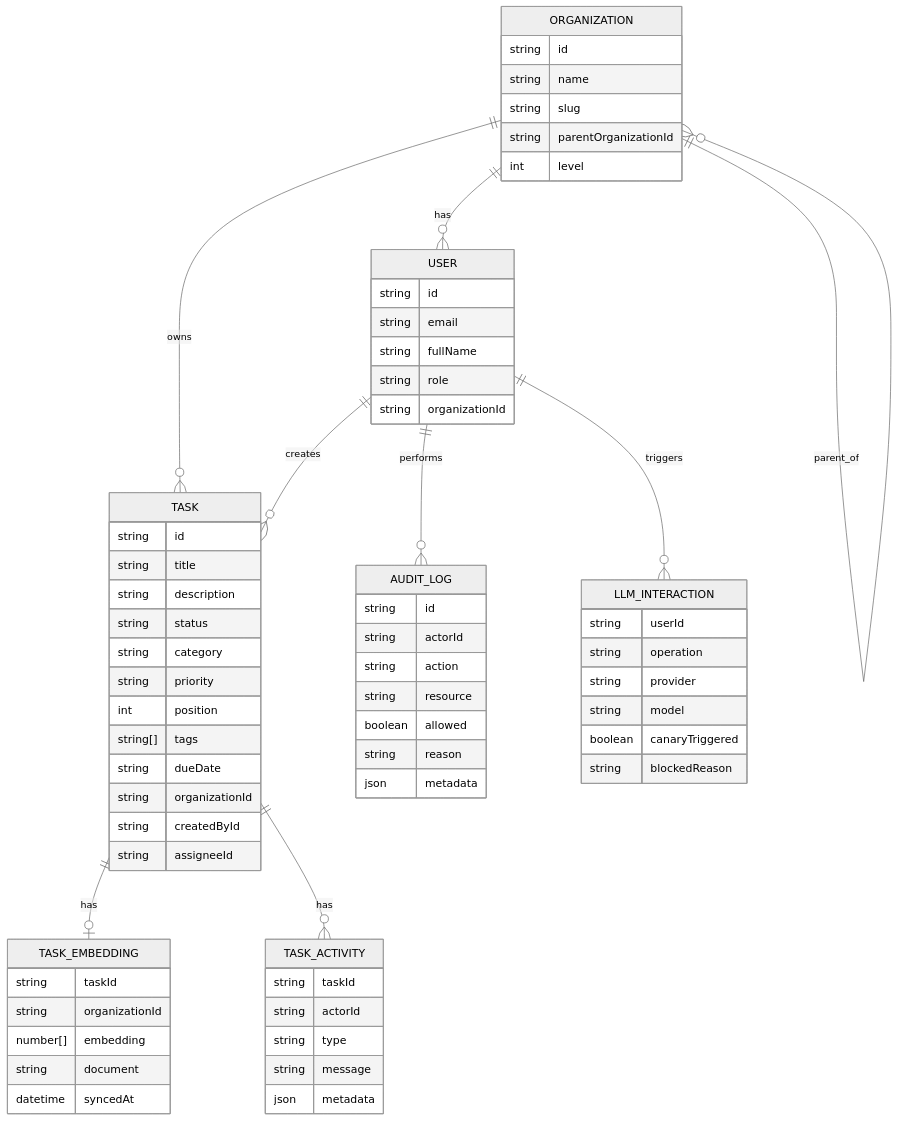
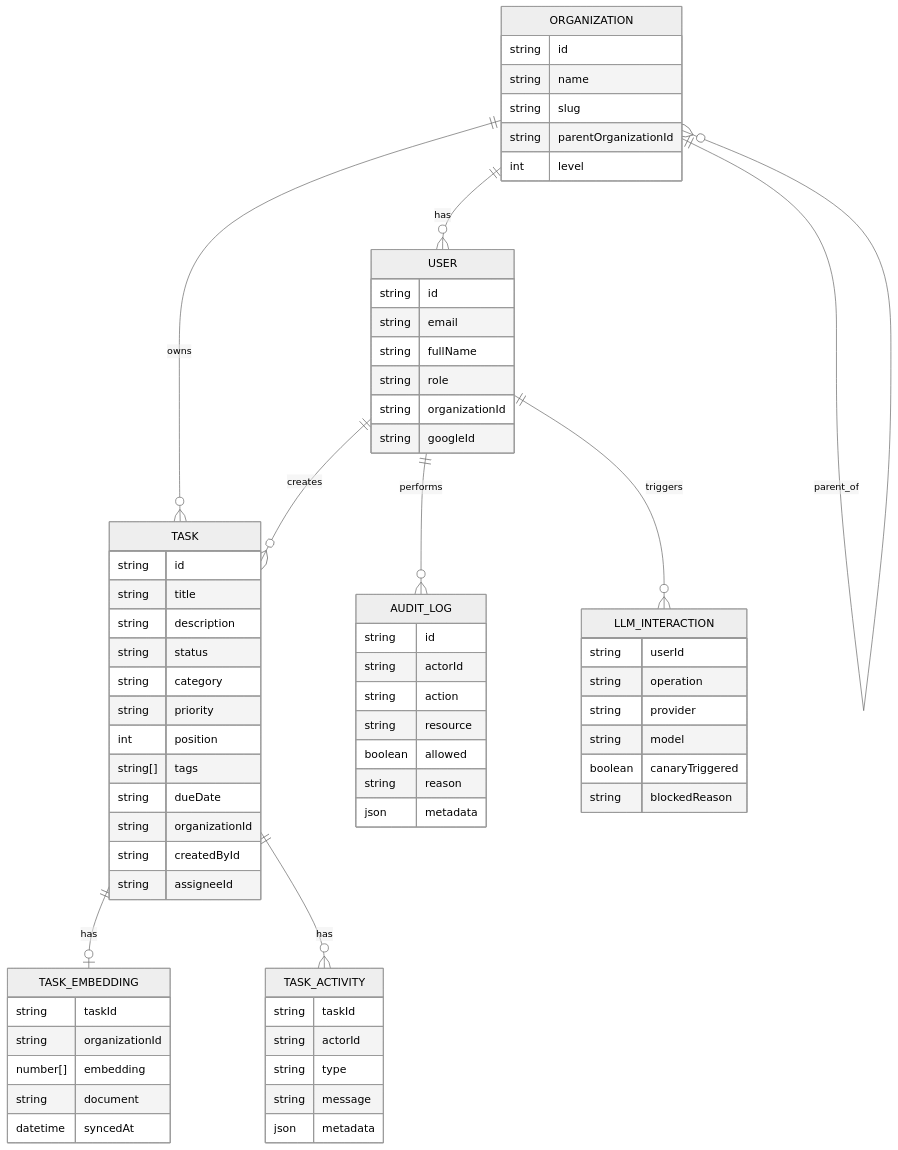
The diagram in README.md (ksm007/kmarathe-493C3875-5748-4C7F-9803-3D2EFE845779), drawn with Mermaid (neutral theme) before and after one commit. The commit also changed other lines of this file and 17 other files, not shown here.

````diff
--- a/README.md
+++ b/README.md
@@ -164,77 +164,78 @@
 ```mermaid
 erDiagram
   ORGANIZATION ||--o{ ORGANIZATION : parent_of
   ORGANIZATION ||--o{ USER : has
   ORGANIZATION ||--o{ TASK : owns
   USER ||--o{ TASK : creates
   USER ||--o{ AUDIT_LOG : performs
   TASK ||--o| TASK_EMBEDDING : has
   TASK ||--o{ TASK_ACTIVITY : has
   USER ||--o{ LLM_INTERACTION : triggers
 
   ORGANIZATION {
     string id
     string name
     string slug
     string parentOrganizationId
     int level
   }
 
   USER {
     string id
     string email
     string fullName
     string role
     string organizationId
+    string googleId
   }
 
   TASK {
     string id
     string title
     string description
     string status
     string category
     string priority
     int position
     string[] tags
     string dueDate
     string organizationId
     string createdById
     string assigneeId
   }
 
   TASK_EMBEDDING {
     string taskId
     string organizationId
     number[] embedding
     string document
     datetime syncedAt
   }
 
   TASK_ACTIVITY {
     string taskId
     string actorId
     string type
     string message
     json metadata
   }
 
   AUDIT_LOG {
     string id
     string actorId
     string action
     string resource
     boolean allowed
     string reason
     json metadata
   }
 
   LLM_INTERACTION {
     string userId
     string operation
     string provider
     string model
     boolean canaryTriggered
     string blockedReason
   }
 ```
````
